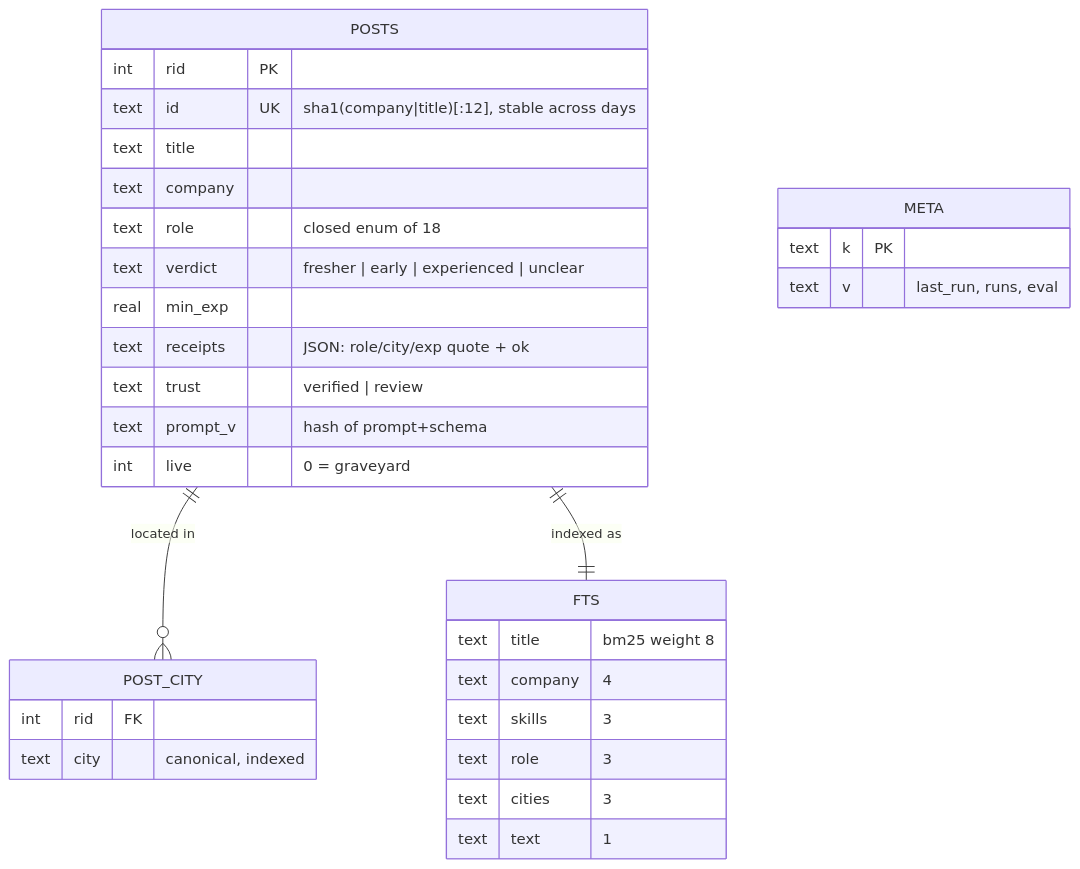
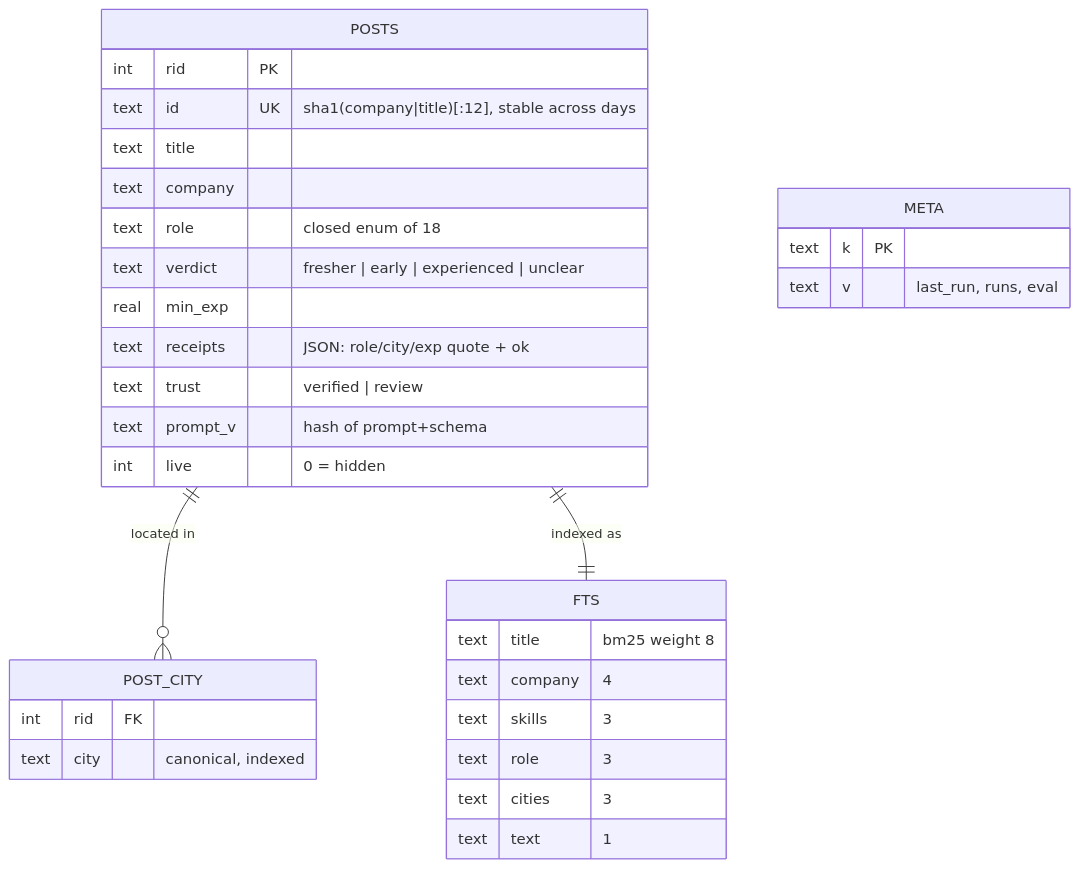
The fifth of 6 diagrams in README.md (parikhrjt/beep_assignment), drawn with Mermaid before and after one commit. The commit also changed other lines of this file and 37 other files, not shown here.

````diff
--- a/README.md
+++ b/README.md
@@ -213,21 +237,21 @@
 ```mermaid
 erDiagram
   POSTS ||--o{ POST_CITY : "located in"
   POSTS ||--|| FTS : "indexed as"
   POSTS {
     int rid PK
     text id UK "sha1(company|title)[:12], stable across days"
     text title
     text company
     text role "closed enum of 18"
     text verdict "fresher | early | experienced | unclear"
     real min_exp
     text receipts "JSON: role/city/exp quote + ok"
     text trust "verified | review"
     text prompt_v "hash of prompt+schema"
-    int live "0 = graveyard"
+    int live "0 = hidden"
   }
   POST_CITY { int rid FK  text city "canonical, indexed" }
   FTS { text title "bm25 weight 8"  text company "4"  text skills "3"  text role "3"  text cities "3"  text text "1" }
   META { text k PK  text v "last_run, runs, eval" }
 ```
````
